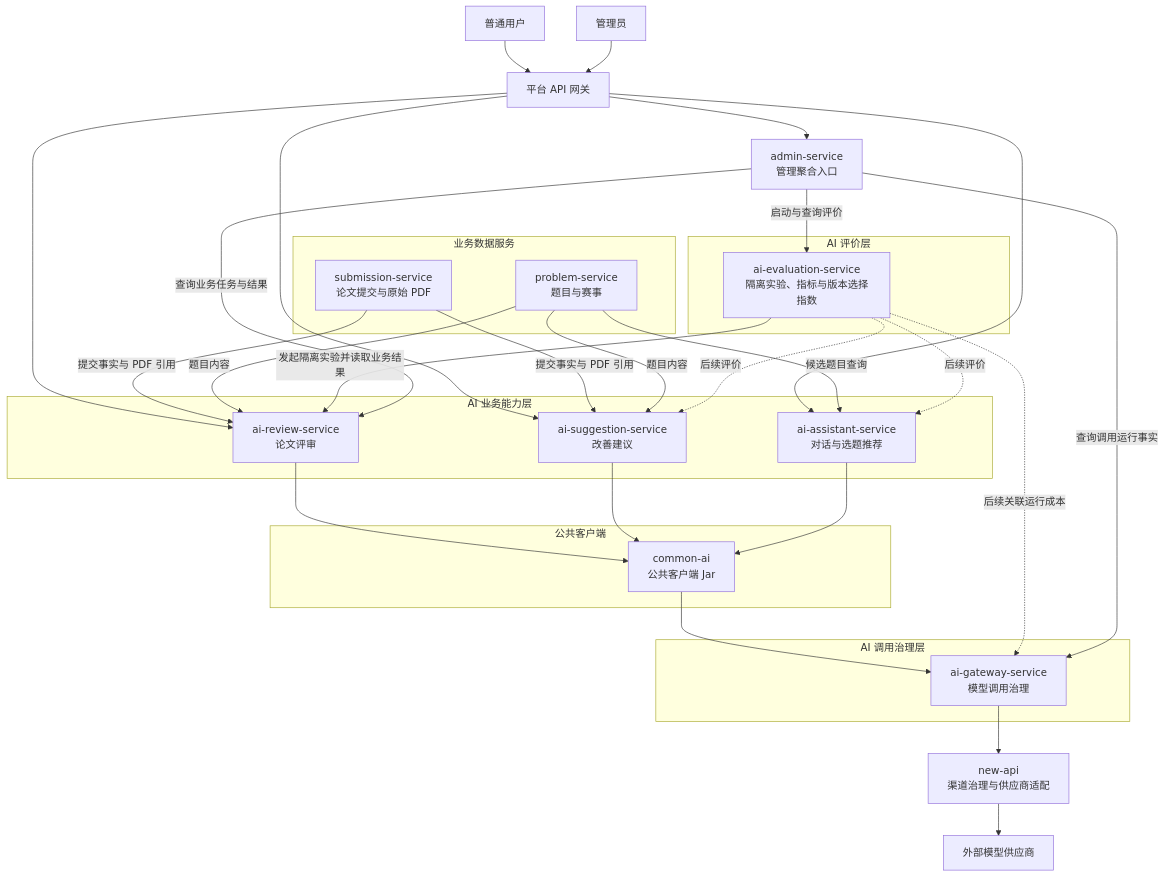
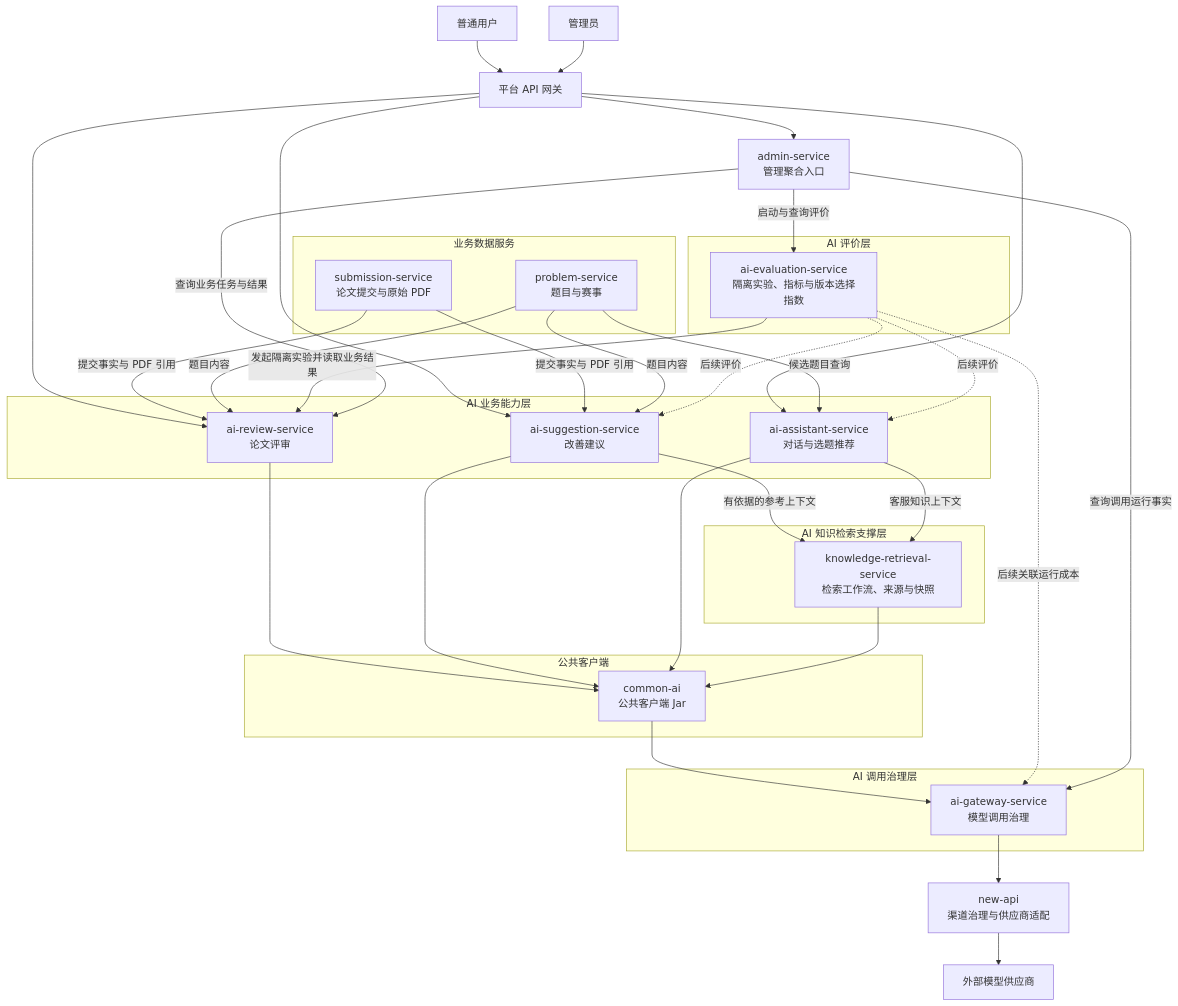
Before and after one commit to Dorian7Alden/LeetModel: the diagram in docs/project/02-架构设计/AI系统分层.md, drawn with Mermaid. The commit also changed other lines of this file and 39 other files, not shown here.

````diff
--- a/docs/project/02-架构设计/AI系统分层.md
+++ b/docs/project/02-架构设计/AI系统分层.md
@@ -48,62 +55,70 @@
 ```mermaid
 flowchart TB
     USER[普通用户]
     ADMIN_USER[管理员]
     API_GATEWAY[平台 API 网关]
 
     subgraph DOMAIN[业务数据服务]
         SUBMISSION[submission-service<br/>论文提交与原始 PDF]
         PROBLEM[problem-service<br/>题目与赛事]
     end
 
     subgraph BUSINESS[AI 业务能力层]
         REVIEW[ai-review-service<br/>论文评审]
         SUGGESTION[ai-suggestion-service<br/>改善建议]
         ASSISTANT[ai-assistant-service<br/>对话与选题推荐]
+    end
+
+    subgraph KNOWLEDGE[AI 知识检索支撑层]
+        RETRIEVAL[knowledge-retrieval-service<br/>检索工作流、来源与快照]
     end
 
     subgraph QUALITY[AI 评价层]
         EVALUATION[ai-evaluation-service<br/>隔离实验、指标与版本选择指数]
     end
 
     subgraph CLIENT[公共客户端]
         COMMON_AI[common-ai<br/>公共客户端 Jar]
     end
 
     subgraph GOVERNANCE[AI 调用治理层]
         AI_GATEWAY[ai-gateway-service<br/>模型调用治理]
     end
 
     NEW_API[new-api<br/>渠道治理与供应商适配]
     MODEL[外部模型供应商]
 
     ADMIN[admin-service<br/>管理聚合入口]
 
     USER --> API_GATEWAY
     API_GATEWAY --> REVIEW
     API_GATEWAY --> SUGGESTION
     API_GATEWAY --> ASSISTANT
     SUBMISSION -->|提交事实与 PDF 引用| REVIEW
     SUBMISSION -->|提交事实与 PDF 引用| SUGGESTION
     PROBLEM -->|题目内容| REVIEW
     PROBLEM -->|题目内容| SUGGESTION
     PROBLEM -->|候选题目查询| ASSISTANT
 
+    SUGGESTION -->|有依据的参考上下文| RETRIEVAL
+    ASSISTANT -->|客服知识上下文| RETRIEVAL
+
     REVIEW --> COMMON_AI
     SUGGESTION --> COMMON_AI
     ASSISTANT --> COMMON_AI
+    RETRIEVAL --> COMMON_AI
     COMMON_AI --> AI_GATEWAY
     AI_GATEWAY --> NEW_API
     NEW_API --> MODEL
 
     EVALUATION -->|发起隔离实验并读取业务结果| REVIEW
     EVALUATION -.->|后续评价| SUGGESTION
     EVALUATION -.->|后续评价| ASSISTANT
     EVALUATION -.->|后续关联运行成本| AI_GATEWAY
 
     ADMIN_USER --> API_GATEWAY
     API_GATEWAY --> ADMIN
     ADMIN -->|启动与查询评价| EVALUATION
     ADMIN -->|查询业务任务与结果| REVIEW
     ADMIN -->|查询调用运行事实| AI_GATEWAY
 ```
````
